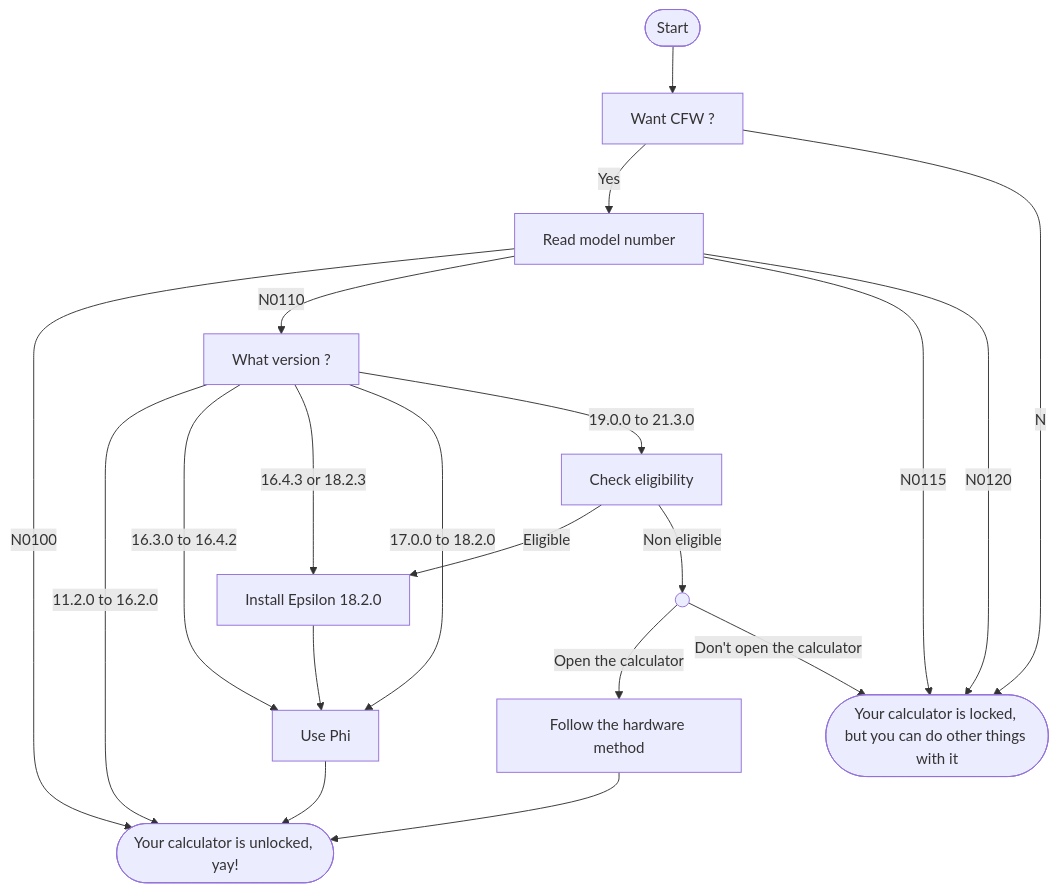
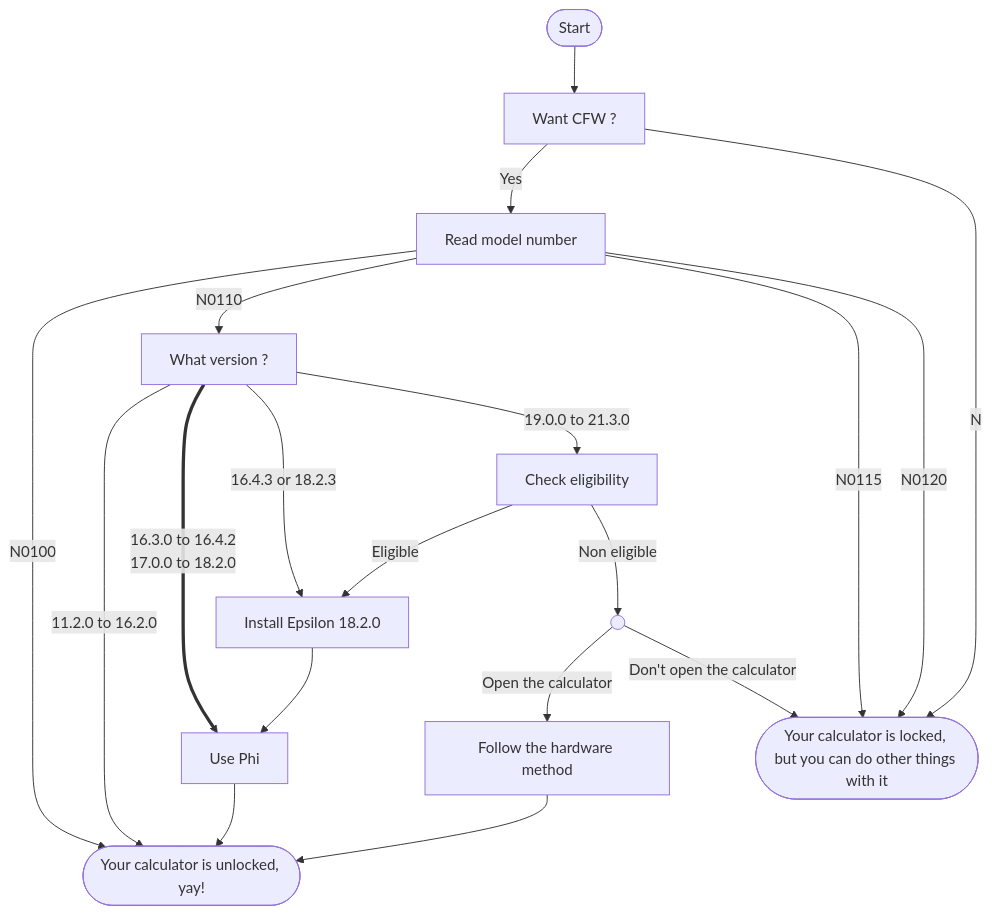
Before and after one commit to Omega-Numworks/Omega-Guide: the diagram in docs/flowchart.md, drawn with Mermaid. The commit also changed other lines of this file, not shown here.

Commit message:
Update the flowchart
- Update the flowchart

````diff
--- a/docs/flowchart.md
+++ b/docs/flowchart.md
@@ -12,23 +12,30 @@
 ```mermaid
 flowchart TD
     calc_unlocked([Your calculator is unlocked, yay!])
     calc_locked([Your calculator is locked, but you can do other things with it])
     start([Start]) --> want_cfw[Want CFW ?]
     want_cfw --Yes--> model_number[Read model number]
     want_cfw --No--> calc_locked
     model_number --N0100--> calc_unlocked
     model_number --N0110--> check_version[What version ?]
     model_number --N0115--> calc_locked
     model_number --N0120--> calc_locked
     check_version --11.2.0 to 16.2.0--> calc_unlocked
-    check_version --16.3.0 to 16.4.2--> phi[Use Phi]
+    check_version ==16.3.0 to 16.4.2\n17.0.0 to 18.2.0==> phi[Use Phi]
     check_version --16.4.3 or 18.2.3--> install_18_2_0[Install Epsilon 18.2.0]
-    check_version --17.0.0 to 18.2.0--> phi
     check_version --19.0.0 to 21.3.0--> downgrade_check[Check eligibility]
     downgrade_check --Eligible--> install_18_2_0
     downgrade_check --Non eligible--> downgrade_fail(( )) --Open the calculator--> hardware_method[Follow the hardware method]
     downgrade_fail --Don't open the calculator--> calc_locked
     install_18_2_0 --> phi
-    
     phi & hardware_method --> calc_unlocked
+
+    click model_number "./intro"
+    click check_version "./n0110/n0110-is-locked"
+    click downgrade_check "./n0110/phi/check-version-change-eligibility"
+    click install_18_2_0 "./n0110/phi/install-epsilon-18-2-0"
+    click phi "./n0110/phi"
+    click hardware_method "./n0110/hardware/n0110-hardware-unlock"
+    click calc_locked "./no-custom/what-to-do-locked"
+    click calc_unlocked "./cfw/choose-a-cfw"
 ```
````
